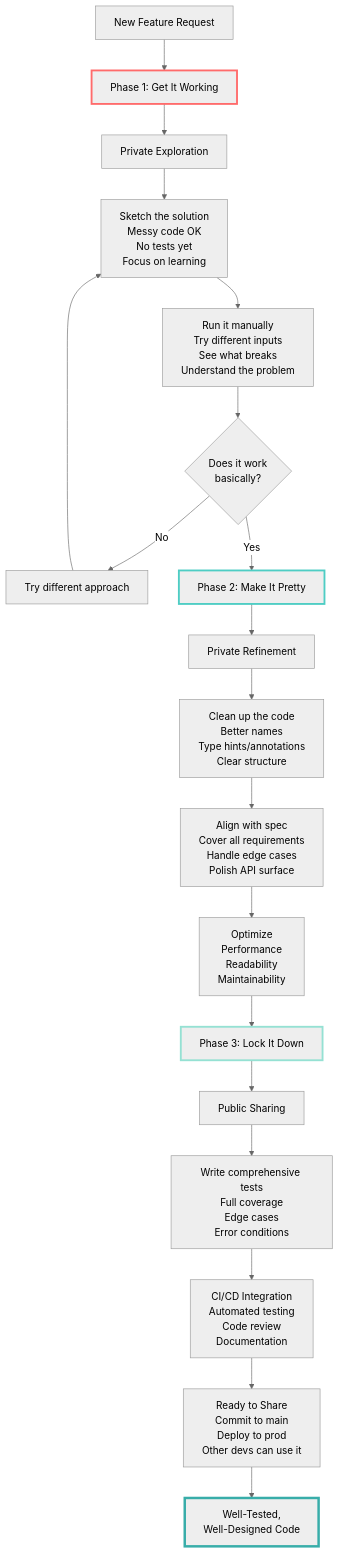
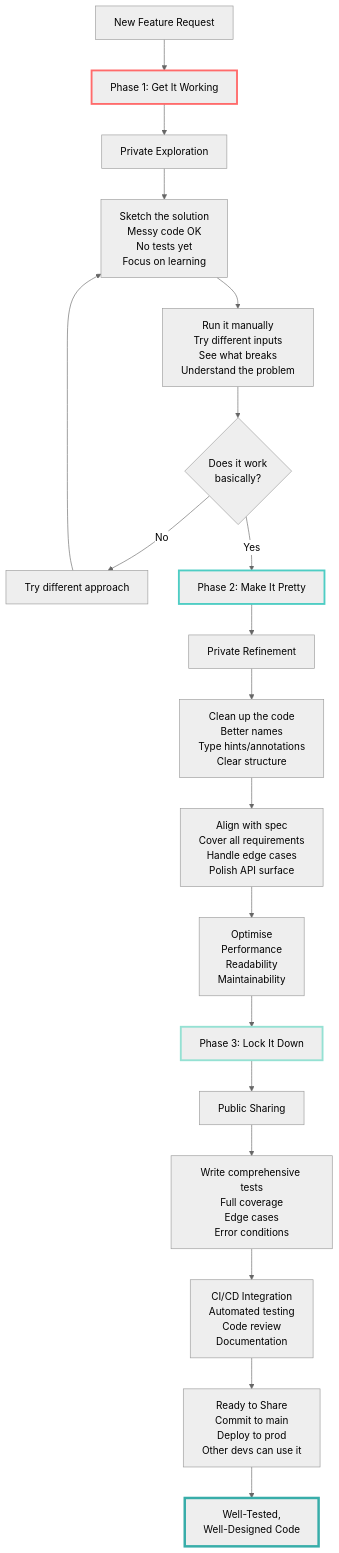
One commit to scottgal/mostlylucid.dse changed the first of 3 diagrams in docs/blog-article-working-pretty-locked.md. Above: the diagram before and after it, drawn with Mermaid (neutral theme). The commit also changed other lines of this file, not shown here.

````diff
--- a/docs/blog-article-working-pretty-locked.md
+++ b/docs/blog-article-working-pretty-locked.md
@@ -20,30 +20,30 @@
 ```mermaid
 graph TB
     Start[New Feature Request] --> P1[Phase 1: Get It Working]
 
     P1 --> P1_Private[Private Exploration]
     P1_Private --> P1_Sketch["Sketch the solution<br/>Messy code OK<br/>No tests yet<br/>Focus on learning"]
     P1_Sketch --> P1_Run["Run it manually<br/>Try different inputs<br/>See what breaks<br/>Understand the problem"]
     P1_Run --> P1_Decision{Does it work<br/>basically?}
     P1_Decision -->|No| P1_Iterate[Try different approach]
     P1_Iterate --> P1_Sketch
     P1_Decision -->|Yes| P2
 
     P2[Phase 2: Make It Pretty] --> P2_Refine[Private Refinement]
     P2_Refine --> P2_Clean["Clean up the code<br/>Better names<br/>Type hints/annotations<br/>Clear structure"]
     P2_Clean --> P2_Align["Align with spec<br/>Cover all requirements<br/>Handle edge cases<br/>Polish API surface"]
-    P2_Align --> P2_Optimize["Optimize<br/>Performance<br/>Readability<br/>Maintainability"]
-    P2_Optimize --> P3
+    P2_Align --> P2_Optimise["Optimise<br/>Performance<br/>Readability<br/>Maintainability"]
+    P2_Optimise --> P3
 
     P3[Phase 3: Lock It Down] --> P3_Share[Public Sharing]
     P3_Share --> P3_Tests["Write comprehensive tests<br/>Full coverage<br/>Edge cases<br/>Error conditions"]
     P3_Tests --> P3_CI["CI/CD Integration<br/>Automated testing<br/>Code review<br/>Documentation"]
     P3_CI --> P3_Deploy["Ready to Share<br/>Commit to main<br/>Deploy to prod<br/>Other devs can use it"]
 
     P3_Deploy --> Done[Well-Tested,<br/>Well-Designed Code]
 
     style P1 stroke:#ff6b6b,stroke-width:3px
     style P2 stroke:#4ecdc4,stroke-width:3px
     style P3 stroke:#95e1d3,stroke-width:3px
     style Done stroke:#38ada9,stroke-width:4px
 ```
````
